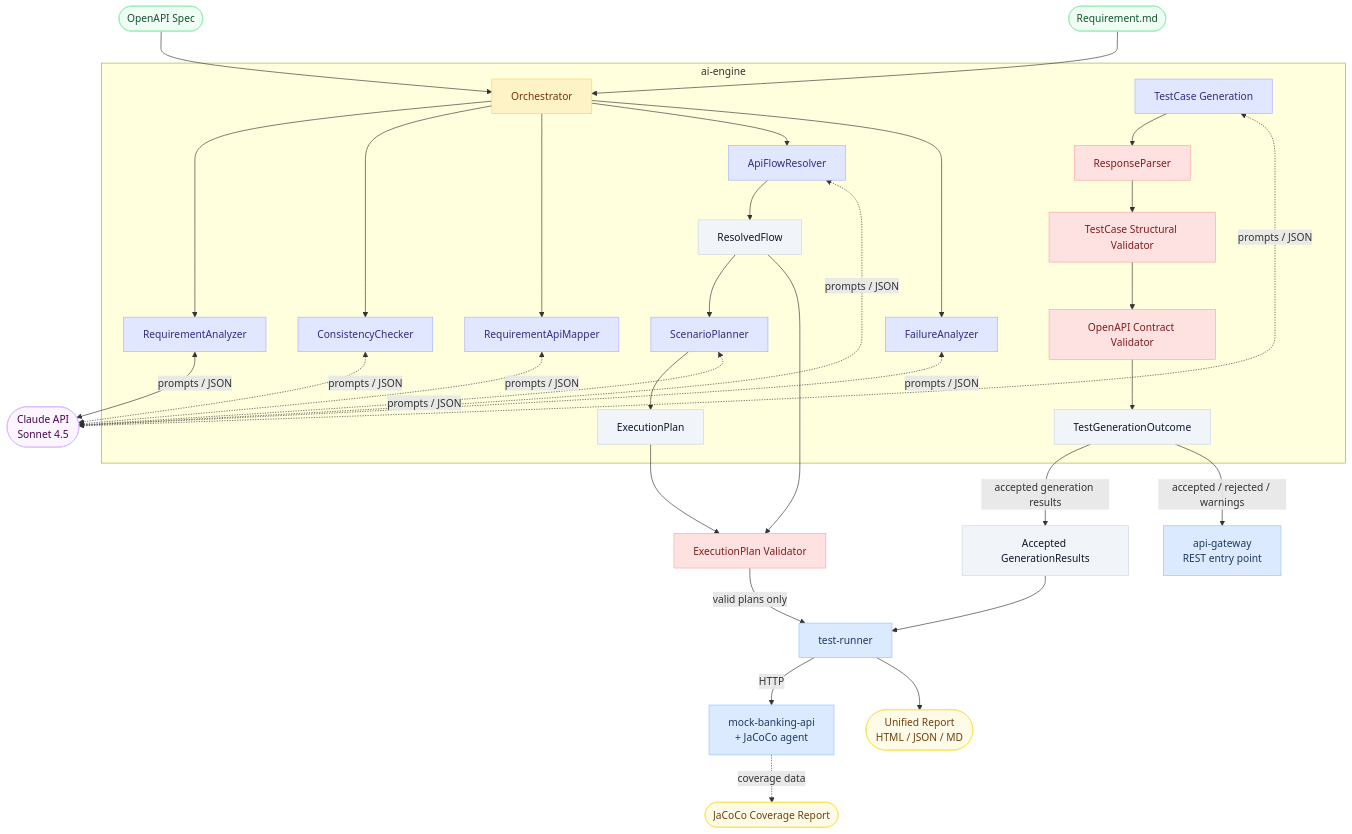
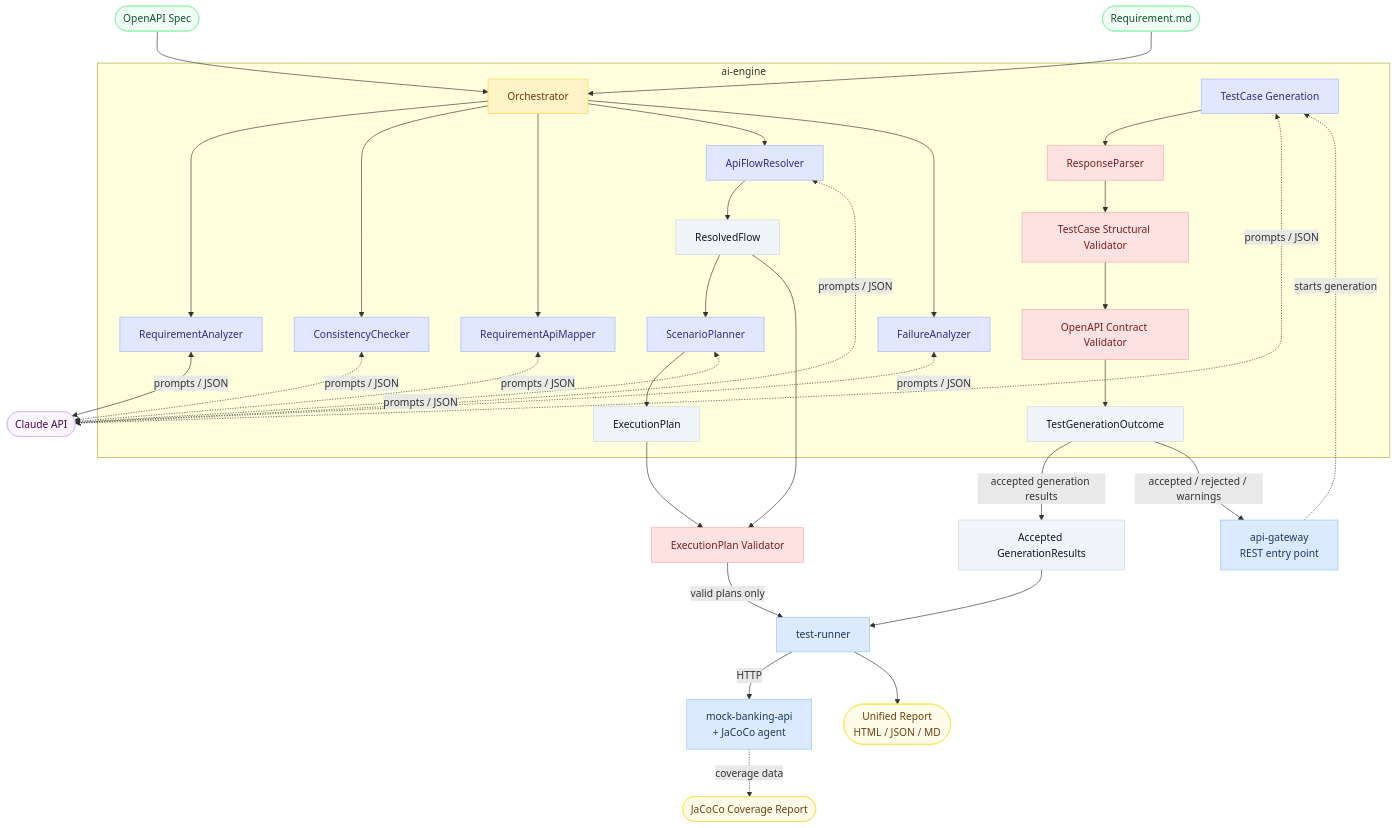
Before and after one commit to meiashley/testforge-ai: the diagram in README.md, drawn with Mermaid. The commit also changed other lines of this file, not shown here.

````diff
--- a/README.md
+++ b/README.md
@@ -69,49 +69,50 @@
 ```mermaid
 graph TB
     A([OpenAPI Spec]):::input --> O
     R([Requirement.md]):::input --> O
 
     subgraph AIENGINE[ai-engine]
         O[Orchestrator]:::orch
         O --> RA[RequirementAnalyzer]:::ai
         O --> CC[ConsistencyChecker]:::ai
         O --> MAP[RequirementApiMapper]:::ai
         O --> AFR[ApiFlowResolver]:::ai
         AFR --> RF[ResolvedFlow]:::data
         RF --> SP[ScenarioPlanner]:::ai
         SP --> EP[ExecutionPlan]:::data
         O --> FA[FailureAnalyzer]:::ai
 
         TG[TestCase Generation]:::ai --> RP[ResponseParser]:::gate
         RP --> TSV[TestCase Structural Validator]:::gate
         TSV --> OCV[OpenAPI Contract Validator]:::gate
         OCV --> TGO[TestGenerationOutcome]:::data
     end
 
-    RA <-->|prompts / JSON| C([Claude API<br/>Sonnet 4.5]):::external
+    RA <-->|prompts / JSON| C([Claude API]):::external
     CC <-.->|prompts / JSON| C
     MAP <-.->|prompts / JSON| C
     AFR <-.->|prompts / JSON| C
     SP <-.->|prompts / JSON| C
     FA <-.->|prompts / JSON| C
     TG <-.->|prompts / JSON| C
 
     RF --> EPV[ExecutionPlan Validator]:::gate
     EP --> EPV
     EPV -->|valid plans only| D[test-runner]:::module
     TGO -->|accepted generation results| AGR[Accepted GenerationResults]:::data
     AGR --> D
     TGO -->|accepted / rejected / warnings| H[api-gateway<br/>REST entry point]:::module
+    H -.->|starts generation| TG
     D -->|HTTP| E[mock-banking-api<br/>+ JaCoCo agent]:::module
     D --> F([Unified Report<br/>HTML / JSON / MD]):::output
     E -.->|coverage data| G([JaCoCo Coverage Report]):::output
 
     classDef module fill:#dbeafe,stroke:#93c5fd,color:#1e3a5f
     classDef ai fill:#e0e7ff,stroke:#a5b4fc,color:#312e81
     classDef orch fill:#fef3c7,stroke:#fcd34d,color:#78350f
     classDef input fill:#f0fdf4,stroke:#86efac,color:#14532d
     classDef output fill:#fefce8,stroke:#fde047,color:#713f12
     classDef external fill:#faf5ff,stroke:#d8b4fe,color:#4a044e
     classDef gate fill:#fee2e2,stroke:#fca5a5,color:#7f1d1d
     classDef data fill:#f1f5f9,stroke:#cbd5e1,color:#0f172a
 ```
````
